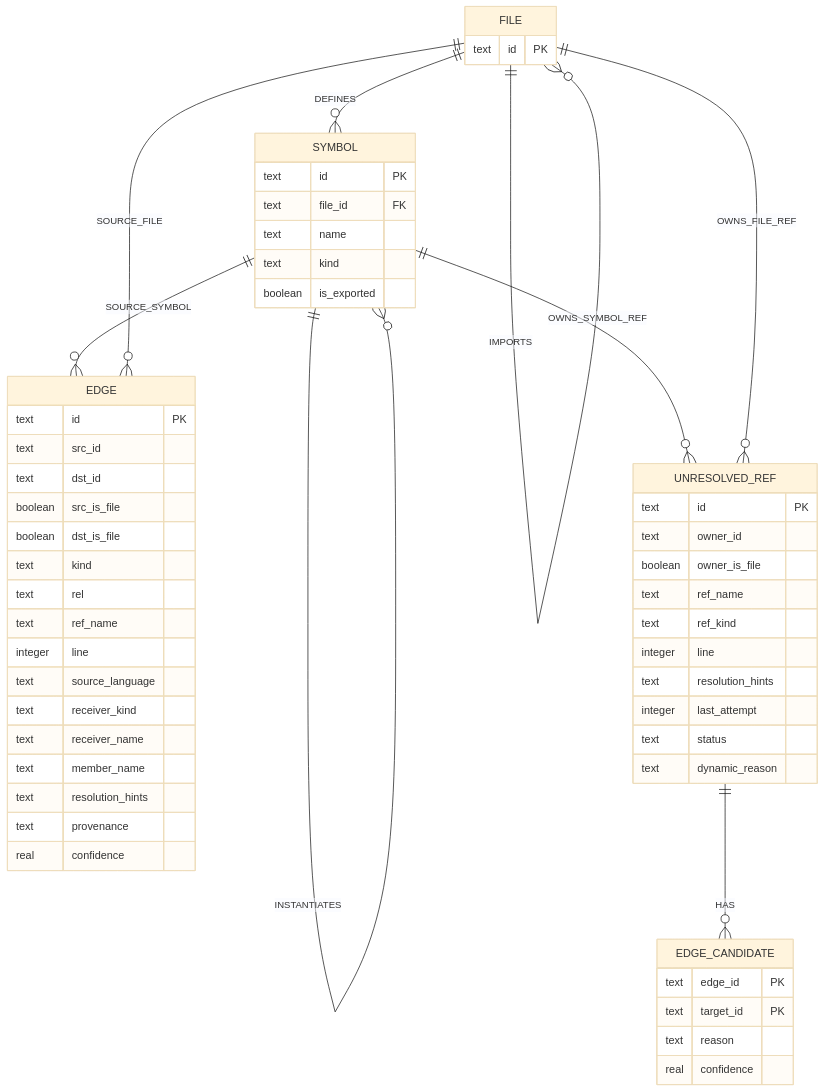
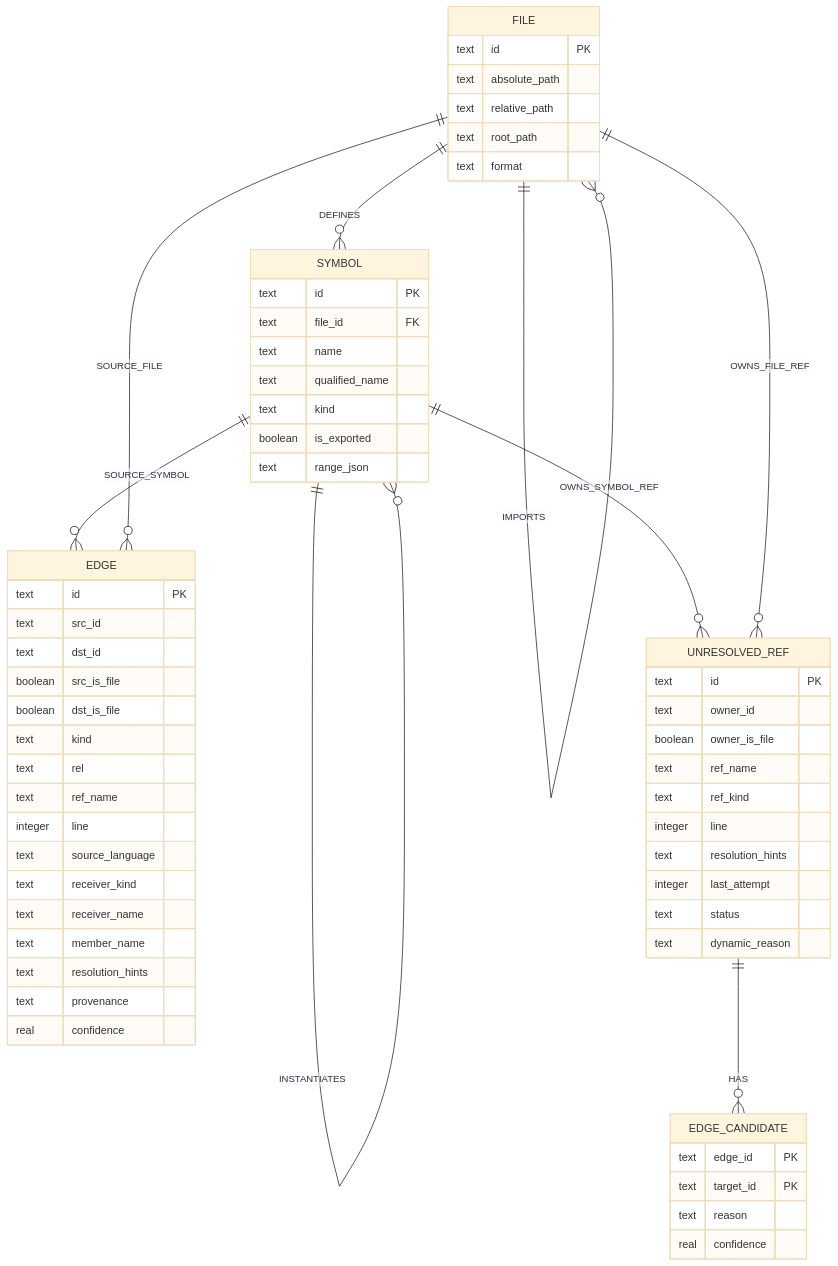
The diagram in docs/09-graph.md (liulx20/zvec-grep), drawn with Mermaid (base theme) before and after one commit. The commit also changed other lines of this file and 123 other files, not shown here.

Commit message:
feat: improve graph resolution and exploration quality

````diff
--- a/docs/09-graph.md
+++ b/docs/09-graph.md
@@ -99,62 +110,68 @@
 ```mermaid
 erDiagram
   FILE ||--o{ SYMBOL : DEFINES
   SYMBOL ||--o{ SYMBOL : CONTAINS
   SYMBOL ||--o{ SYMBOL : CALLS
   SYMBOL ||--o{ SYMBOL : REFS
   SYMBOL ||--o{ SYMBOL : INHERITS
   FILE ||--o{ FILE : IMPORTS
   SYMBOL ||--o{ SYMBOL : INSTANTIATES
   SYMBOL ||--o{ EDGE : SOURCE_SYMBOL
   FILE ||--o{ EDGE : SOURCE_FILE
   SYMBOL ||--o{ UNRESOLVED_REF : OWNS_SYMBOL_REF
   FILE ||--o{ UNRESOLVED_REF : OWNS_FILE_REF
   UNRESOLVED_REF ||--o{ EDGE_CANDIDATE : HAS
 
   FILE {
     text id PK
+    text absolute_path
+    text relative_path
+    text root_path
+    text format
   }
   SYMBOL {
     text id PK
     text file_id FK
     text name
+    text qualified_name
     text kind
     boolean is_exported
+    text range_json
   }
   EDGE {
     text id PK
     text src_id
     text dst_id
     boolean src_is_file
     boolean dst_is_file
     text kind
     text rel
     text ref_name
     integer line
     text source_language
     text receiver_kind
     text receiver_name
     text member_name
     text resolution_hints
     text provenance
     real confidence
   }
   UNRESOLVED_REF {
     text id PK
     text owner_id
     boolean owner_is_file
     text ref_name
     text ref_kind
     integer line
     text resolution_hints
     integer last_attempt
     text status
     text dynamic_reason
   }
   EDGE_CANDIDATE {
     text edge_id PK
     text target_id PK
     text reason
     real confidence
   }
 ```
````
